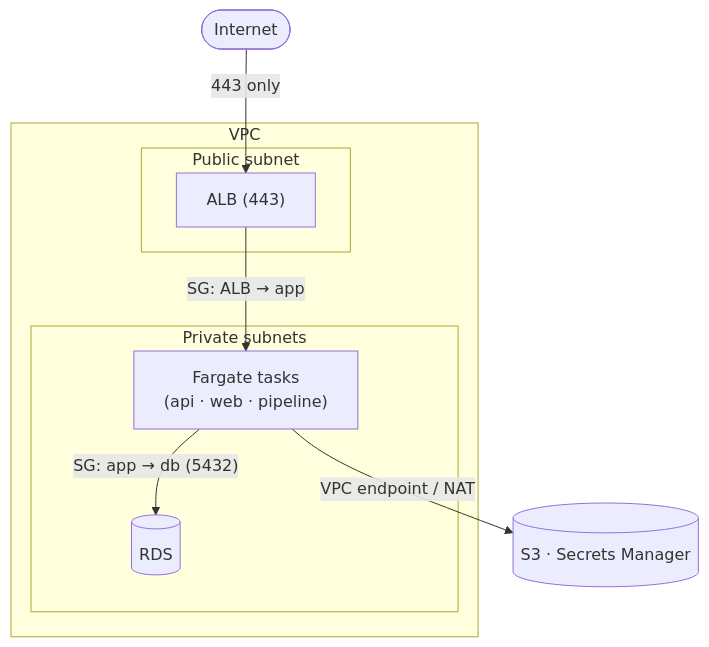
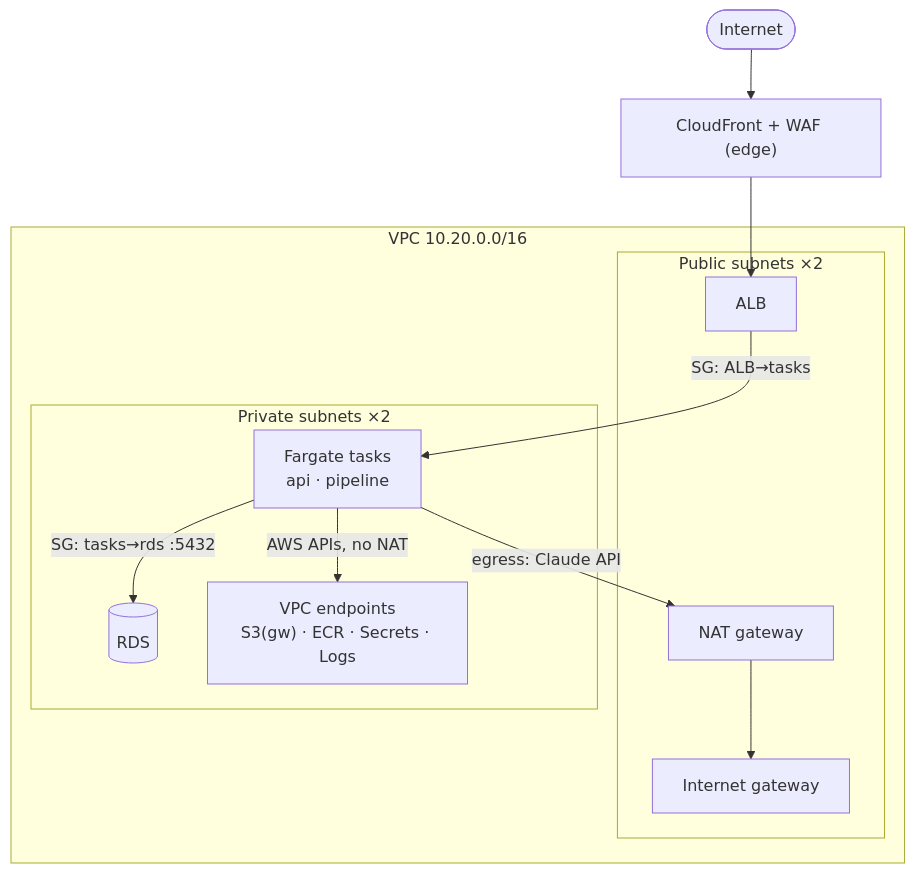
Before and after one commit to sunilmogadati/wb-health-monitor: the fifth of 5 diagrams in docs/ARCHITECTURE.md, drawn with Mermaid. The commit also changed other lines of this file and 2 other files, not shown here.

First line of the commit message:
docs/infra: teardown script + resource inventory + AWS architecture diagrams

````diff
--- a/docs/ARCHITECTURE.md
+++ b/docs/ARCHITECTURE.md
@@ -115,17 +136,23 @@
 ```mermaid
 flowchart TB
     inet(["Internet"])
-    subgraph vpc["VPC"]
-      subgraph pub["Public subnet"]
-        alb["ALB (443)"]
+    edge["CloudFront + WAF (edge)"]
+    subgraph vpc["VPC 10.20.0.0/16"]
+      subgraph pub["Public subnets ×2"]
+        alb["ALB"]
+        nat["NAT gateway"]
+        igw["Internet gateway"]
       end
-      subgraph priv["Private subnets"]
-        fargate["Fargate tasks<br/>(api · web · pipeline)"]
+      subgraph priv["Private subnets ×2"]
+        tasks["Fargate tasks<br/>api · pipeline"]
         rds[("RDS")]
+        vpce["VPC endpoints<br/>S3(gw) · ECR · Secrets · Logs"]
       end
     end
-    inet -->|"443 only"| alb
-    alb -->|"SG: ALB → app"| fargate
-    fargate -->|"SG: app → db (5432)"| rds
-    fargate -->|"VPC endpoint / NAT"| s3ext[("S3 · Secrets Manager")]
+
+    inet --> edge --> alb
+    alb -->|"SG: ALB→tasks"| tasks
+    tasks -->|"SG: tasks→rds :5432"| rds
+    tasks -->|"AWS APIs, no NAT"| vpce
+    tasks -->|"egress: Claude API"| nat --> igw
 ```
````
